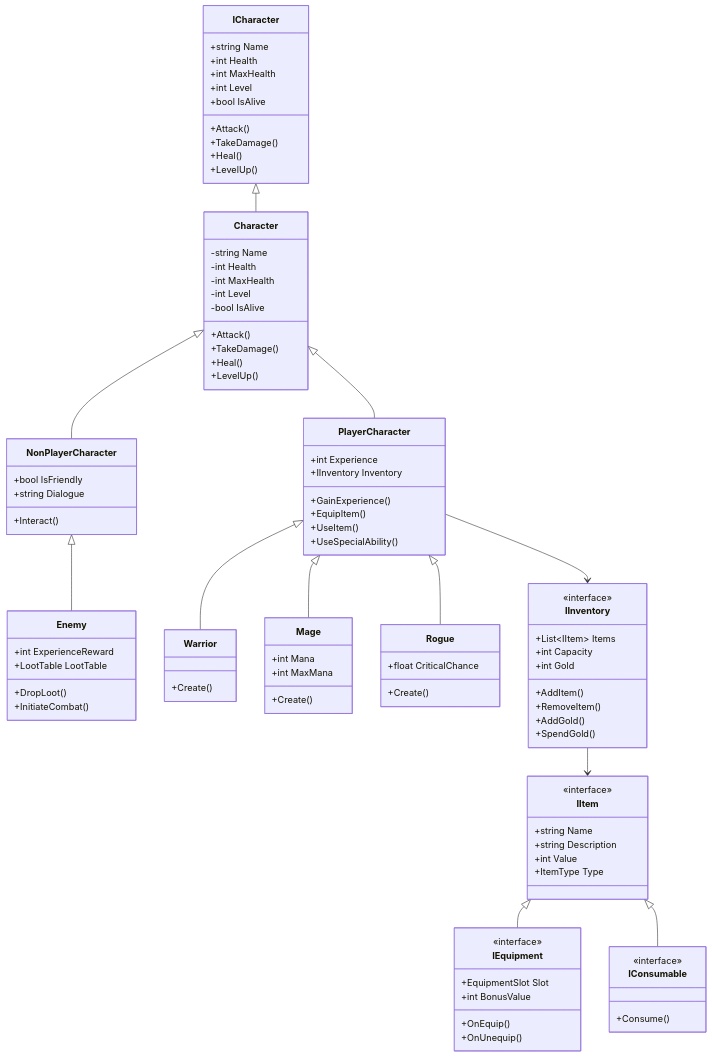
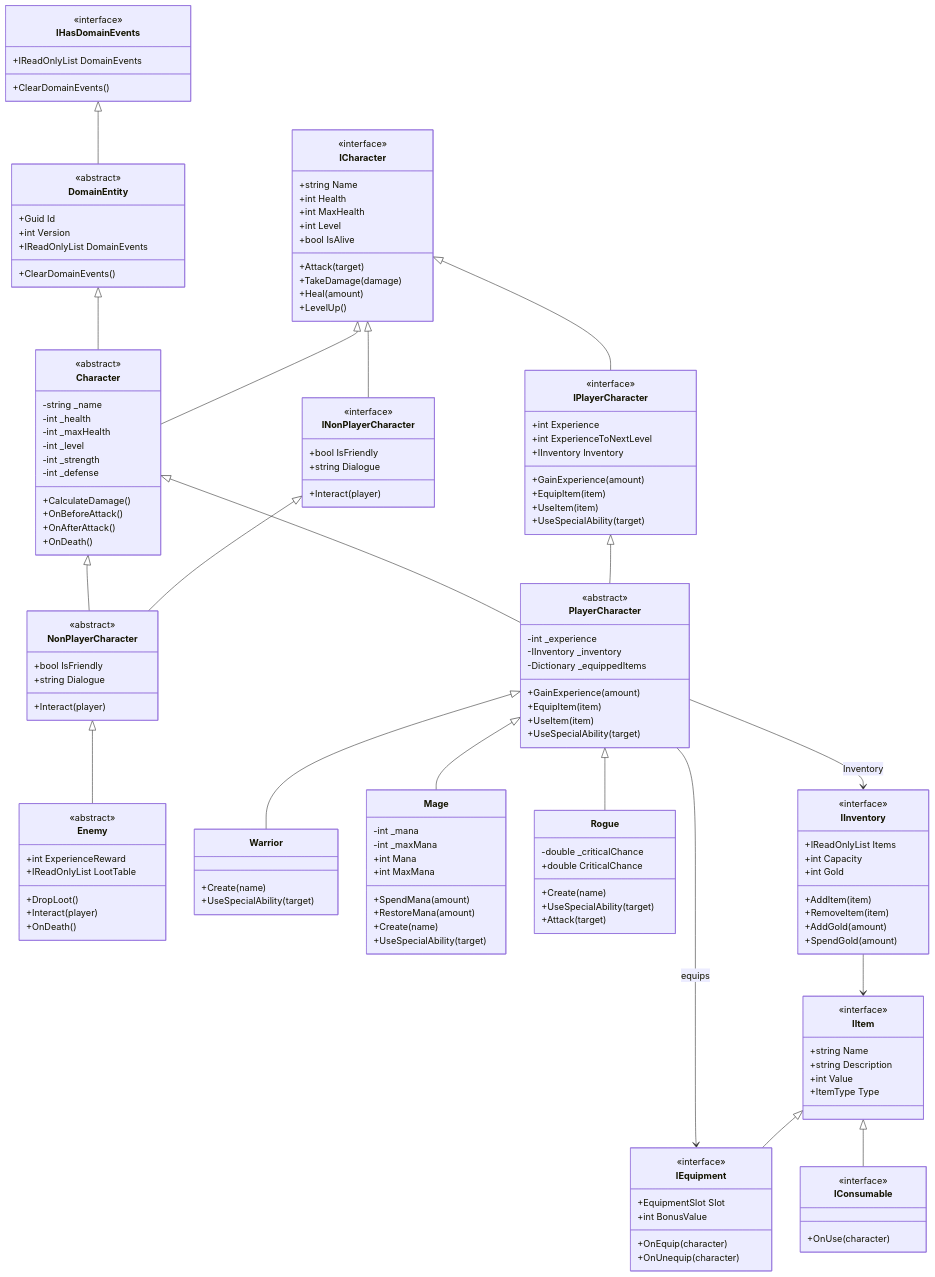
Before and after one commit to DawidGrzejek/RpgGame: the second of 11 diagrams in Readme.md, drawn with Mermaid. The commit also changed other lines of this file and 72 other files, not shown here.

First line of the commit message:
feat: Implement repositories and controllers for Enemy and Item templates

````diff
--- a/Readme.md
+++ b/Readme.md
@@ -402,107 +103,295 @@
 ```mermaid
 classDiagram
-    class ICharacter {
-        +string Name
-        +int Health
-        +int MaxHealth
-        +int Level
-        +bool IsAlive
-        +Attack()
-        +TakeDamage()
-        +Heal()
-        +LevelUp()
-    }
 
-    class Character {
-        -string Name
-        -int Health
-        -int MaxHealth
-        -int Level
-        -bool IsAlive
-        +Attack()
-        +TakeDamage()
-        +Heal()
-        +LevelUp()
-    }
+    IHasDomainEvents <|-- DomainEntity
 
-    class PlayerCharacter {
-        +int Experience
-        +IInventory Inventory
-        +GainExperience()
-        +EquipItem()
-        +UseItem()
-        +UseSpecialAbility()
-    }
+    DomainEntity <|-- Character
 
-    class NonPlayerCharacter {
-        +bool IsFriendly
-        +string Dialogue
-        +Interact()
-    }
+    ICharacter <|-- Character
 
-    class Enemy {
-        +int ExperienceReward
-        +LootTable LootTable
-        +DropLoot()
-        +InitiateCombat()
-    }
+    ICharacter <|-- INonPlayerCharacter
 
-    class Warrior {
-        +Create()
-    }
+    ICharacter <|-- IPlayerCharacter
 
-    class Mage {
-        +int Mana
-        +int MaxMana
-        +Create()
-    }
+    Character <|-- NonPlayerCharacter
 
-    class Rogue {
-        +float CriticalChance
-        +Create()
-    }
+    Character <|-- PlayerCharacter
 
-    class IItem {
-        <<interface>>
-        +string Name
-        +string Description
-        +int Value
-        +ItemType Type
-    }
+    INonPlayerCharacter <|-- NonPlayerCharacter
 
-    class IEquipment {
-        <<interface>>
-        +EquipmentSlot Slot
-        +int BonusValue
-        +OnEquip()
-        +OnUnequip()
-    }
+    NonPlayerCharacter <|-- Enemy
 
-    class IConsumable {
-        <<interface>>
-        +Consume()
-    }
+    IPlayerCharacter <|-- PlayerCharacter
 
-    class IInventory {
-        <<interface>>
-        +List~IItem~ Items
-        +int Capacity
-        +int Gold
-        +AddItem()
-        +RemoveItem()
-        +AddGold()
-        +SpendGold()
-    }
+    PlayerCharacter <|-- Warrior
 
-    ICharacter <|-- Character
-    Character <|-- PlayerCharacter
-    Character <|-- NonPlayerCharacter
-    NonPlayerCharacter <|-- Enemy
-    PlayerCharacter <|-- Warrior
-    PlayerCharacter <|-- Mage
-    PlayerCharacter <|-- Rogue
-    IItem <|-- IEquipment
-    IItem <|-- IConsumable
-    PlayerCharacter --> IInventory
-    IInventory --> IItem
+    PlayerCharacter <|-- Mage
+
+    PlayerCharacter <|-- Rogue
+
+  
+
+    PlayerCharacter --> IInventory : Inventory
+
+    PlayerCharacter --> IEquipment : equips
+
+    IInventory --> IItem
+
+    IItem <|-- IEquipment
+
+    IItem <|-- IConsumable
+
+  
+
+    class IHasDomainEvents {
+
+        <<interface>>
+
+        +IReadOnlyList<IDomainEvent> DomainEvents
+
+        +ClearDomainEvents()
+
+    }
+
+    class DomainEntity {
+
+        <<abstract>>
+
+        +Guid Id
+
+        +int Version
+
+        +IReadOnlyList<IDomainEvent> DomainEvents
+
+        +ClearDomainEvents()
+
+    }
+
+    class ICharacter {
+
+        <<interface>>
+
+        +string Name
+
+        +int Health
+
+        +int MaxHealth
+
+        +int Level
+
+        +bool IsAlive
+
+        +Attack(target)
+
+        +TakeDamage(damage)
+
+        +Heal(amount)
+
+        +LevelUp()
+
+    }
+
+    class Character {
+
+        <<abstract>>
+
+        -string _name
+
+        -int _health
+
+        -int _maxHealth
+
+        -int _level
+
+        -int _strength
+
+        -int _defense
+
+        +CalculateDamage()
+
+        +OnBeforeAttack()
+
+        +OnAfterAttack()
+
+        +OnDeath()
+
+    }
+
+    class INonPlayerCharacter{
+
+        <<interface>>
+
+        +bool IsFriendly
+
+        +string Dialogue
+
+        +Interact(player)
+
+    }
+
+    class NonPlayerCharacter {
+
+        <<abstract>>
+
+        +bool IsFriendly
+
+        +string Dialogue
+
+        +Interact(player)
+
+    }
+
+    class IPlayerCharacter {
+
+        <<interface>>
+
+        +int Experience
+
+        +int ExperienceToNextLevel
+
+        +IInventory Inventory
+
+        +GainExperience(amount)
+
+        +EquipItem(item)
+
+        +UseItem(item)
+
+        +UseSpecialAbility(target)
+
+    }
+
+    class PlayerCharacter {
+
+        <<abstract>>
+
+        -int _experience
+
+        -IInventory _inventory
+
+        -Dictionary<EquipmentSlot, IEquipment> _equippedItems
+
+        +GainExperience(amount)
+
+        +EquipItem(item)
+
+        +UseItem(item)
+
+        +UseSpecialAbility(target)
+
+    }
+
+    class Warrior {
+
+        +Create(name)
+
+        +UseSpecialAbility(target)
+
+    }
+
+    class Mage {
+
+        -int _mana
+
+        -int _maxMana
+
+        +int Mana
+
+        +int MaxMana
+
+        +SpendMana(amount)
+
+        +RestoreMana(amount)
+
+        +Create(name)
+
+        +UseSpecialAbility(target)
+
+    }
+
+    class Rogue {
+
+        -double _criticalChance
+
+        +double CriticalChance
+
+        +Create(name)
+
+        +UseSpecialAbility(target)
+
+        +Attack(target)
+
+    }
+
+    class Enemy {
+
+        <<abstract>>
+
+        +int ExperienceReward
+
+        +IReadOnlyList<IItem> LootTable
+
+        +DropLoot()
+
+        +Interact(player)
+
+        +OnDeath()
+
+    }
+
+    class IInventory {
+
+        <<interface>>
+
+        +IReadOnlyList<IItem> Items
+
+        +int Capacity
+
+        +int Gold
+
+        +AddItem(item)
+
+        +RemoveItem(item)
+
+        +AddGold(amount)
+
+        +SpendGold(amount)
+
+    }
+
+    class IItem {
+
+        <<interface>>
+
+        +string Name
+
+        +string Description
+
+        +int Value
+
+        +ItemType Type
+
+    }
+
+    class IEquipment {
+
+        <<interface>>
+
+        +EquipmentSlot Slot
+
+        +int BonusValue
+
+        +OnEquip(character)
+
+        +OnUnequip(character)
+
+    }
+
+    class IConsumable {
+
+        <<interface>>
+
+        +OnUse(character)
+
+    }
 ```
````
